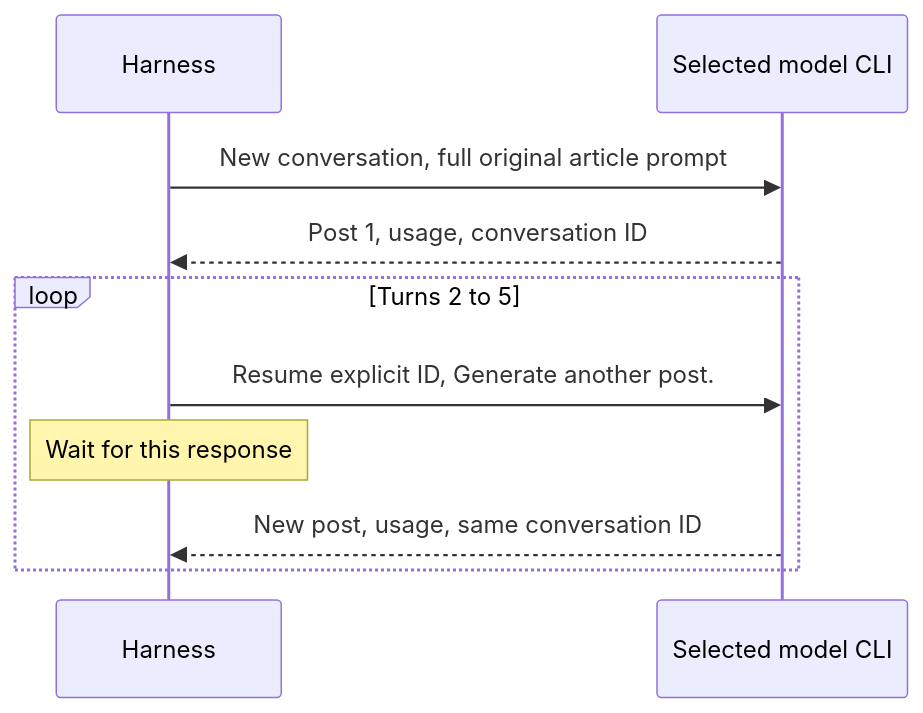
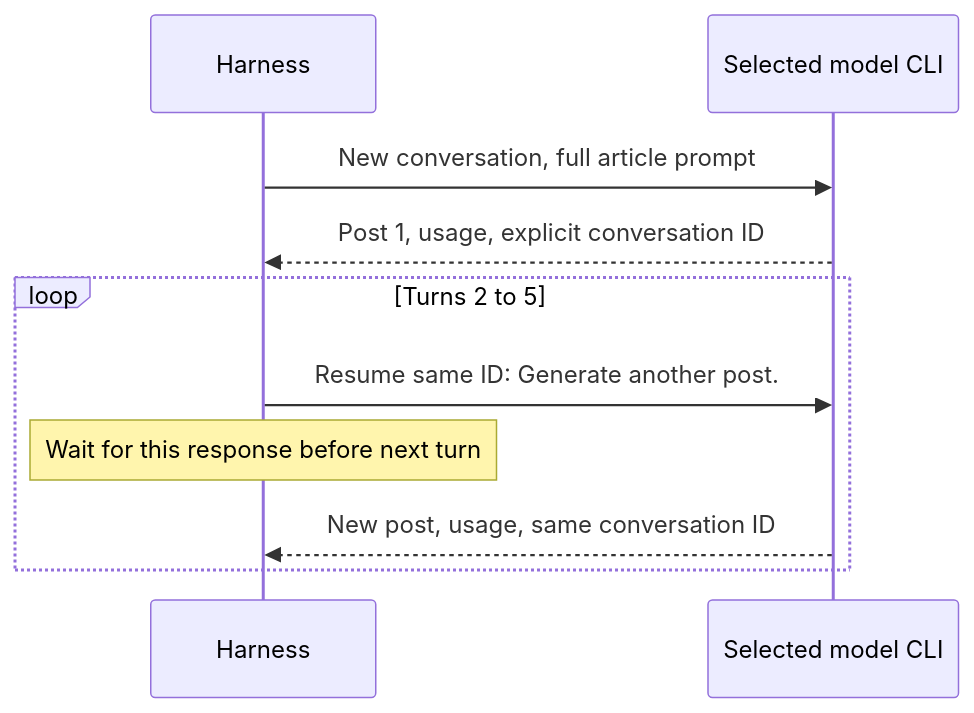
The third of 3 diagrams in notebooks/40-linkedin-writing-habits/README.md (k-sandhu/experiment-notebooks), drawn with Mermaid before and after one commit. The commit also changed other lines of this file and 1239 other files, not shown here.

````diff
--- a/notebooks/40-linkedin-writing-habits/README.md
+++ b/notebooks/40-linkedin-writing-habits/README.md
@@ -121,12 +127,12 @@
 ```mermaid
 sequenceDiagram
     participant H as Harness
     participant M as Selected model CLI
-    H->>M: New conversation, full original article prompt
-    M-->>H: Post 1, usage, conversation ID
+    H->>M: New conversation, full article prompt
+    M-->>H: Post 1, usage, explicit conversation ID
     loop Turns 2 to 5
-        H->>M: Resume explicit ID, Generate another post.
-        Note over H: Wait for this response
+        H->>M: Resume same ID: Generate another post.
+        Note over H: Wait for this response before next turn
         M-->>H: New post, usage, same conversation ID
     end
 ```
````
